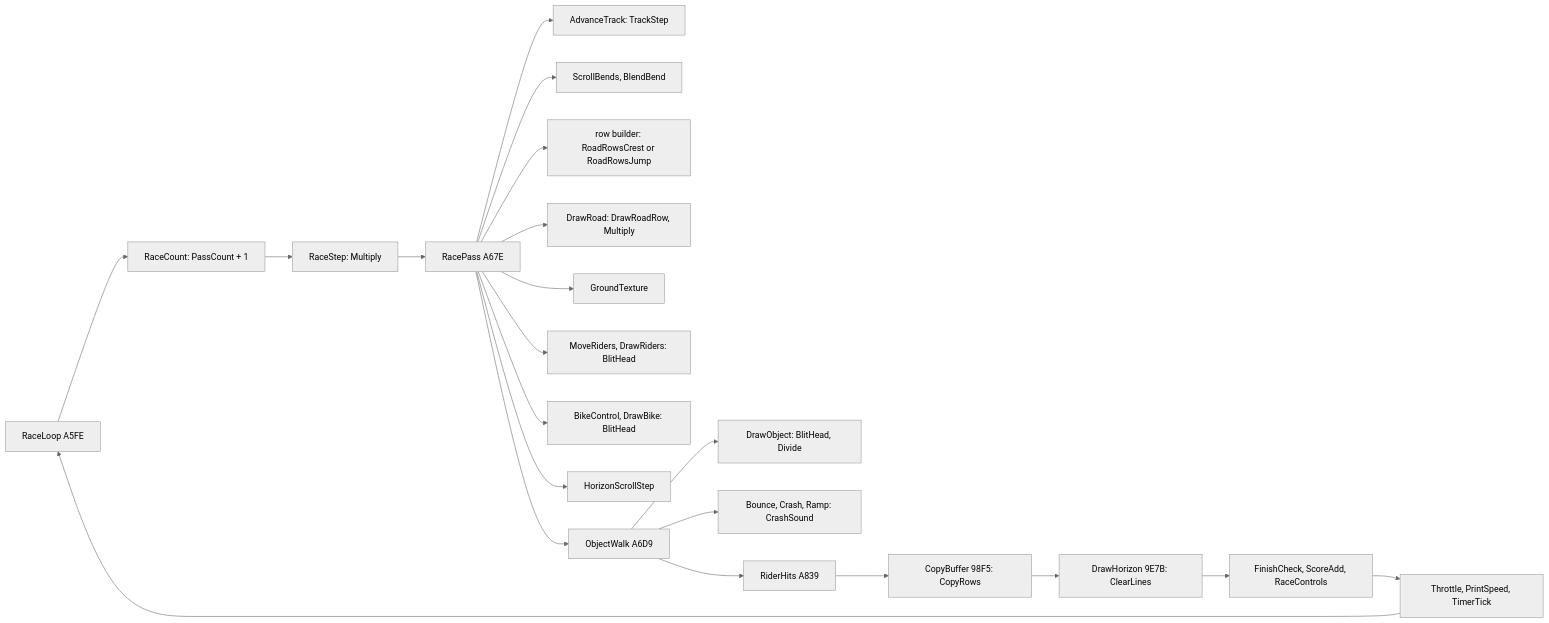
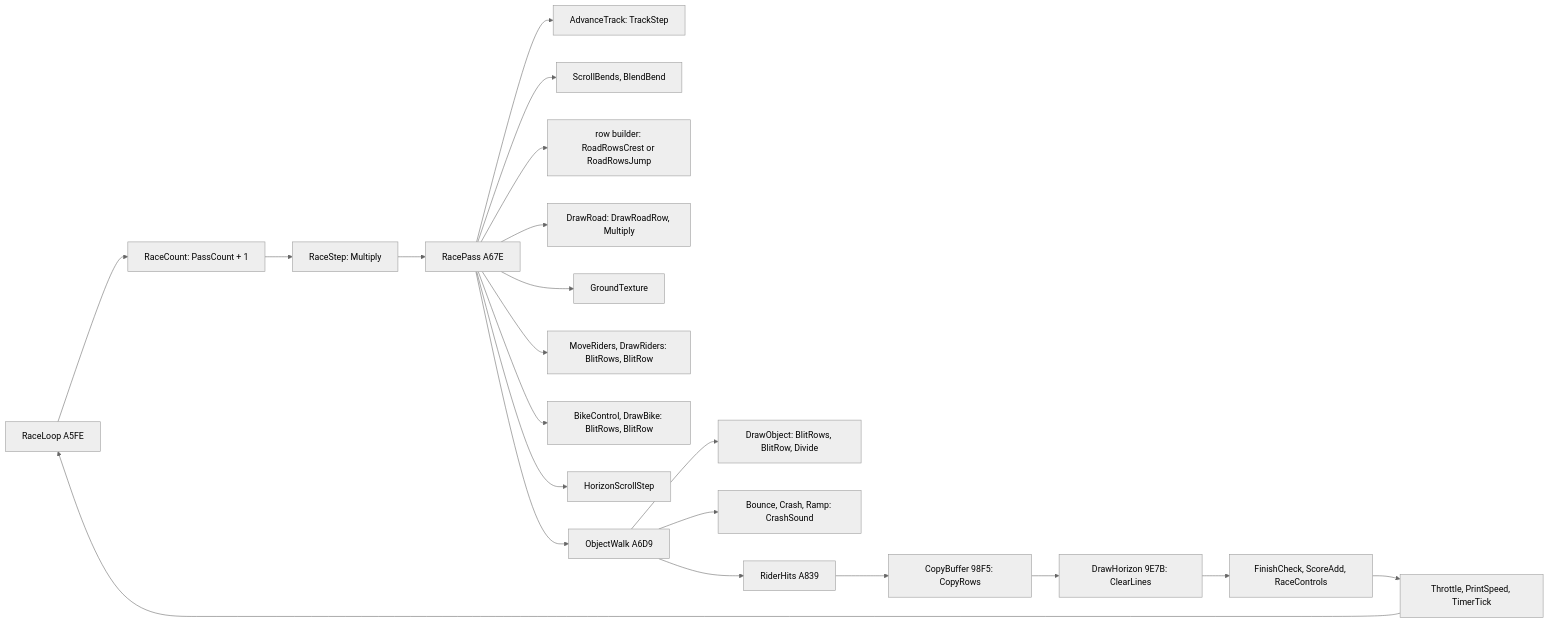
The third of 3 diagrams in games/enduro-racer/docs/02-architecture.md (alfishe/unrealng-reverse-cases), drawn with Mermaid (neutral theme) before and after one commit. The commit also changed other lines of this file and 29 other files, not shown here.

````diff
--- a/games/enduro-racer/docs/02-architecture.md
+++ b/games/enduro-racer/docs/02-architecture.md
@@ -343,23 +346,23 @@
 ```mermaid
 flowchart LR
     RL["RaceLoop A5FE"] --> RC["RaceCount: PassCount + 1"]
     RC --> RS["RaceStep: Multiply"]
     RS --> RP["RacePass A67E"]
     RP --> T1["AdvanceTrack: TrackStep"]
     RP --> T2["ScrollBends, BlendBend"]
     RP --> T3["row builder: RoadRowsCrest or RoadRowsJump"]
     RP --> T4["DrawRoad: DrawRoadRow, Multiply"]
     RP --> T5["GroundTexture"]
-    RP --> T6["MoveRiders, DrawRiders: BlitHead"]
-    RP --> T7["BikeControl, DrawBike: BlitHead"]
+    RP --> T6["MoveRiders, DrawRiders: BlitRows, BlitRow"]
+    RP --> T7["BikeControl, DrawBike: BlitRows, BlitRow"]
     RP --> T8["HorizonScrollStep"]
     RP --> OW["ObjectWalk A6D9"]
-    OW --> O1["DrawObject: BlitHead, Divide"]
+    OW --> O1["DrawObject: BlitRows, BlitRow, Divide"]
     OW --> O2["Bounce, Crash, Ramp: CrashSound"]
     OW --> RH["RiderHits A839"]
     RH --> CB["CopyBuffer 98F5: CopyRows"]
     CB --> DH["DrawHorizon 9E7B: ClearLines"]
     DH --> FC["FinishCheck, ScoreAdd, RaceControls"]
     FC --> TH["Throttle, PrintSpeed, TimerTick"]
     TH --> RL
 ```
````
